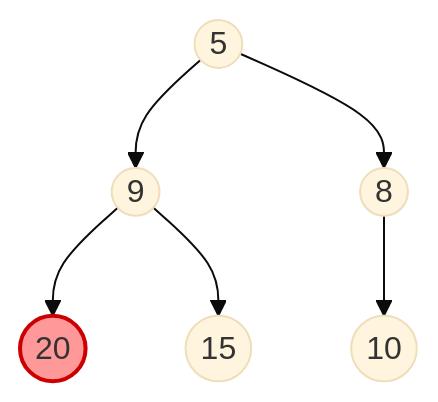
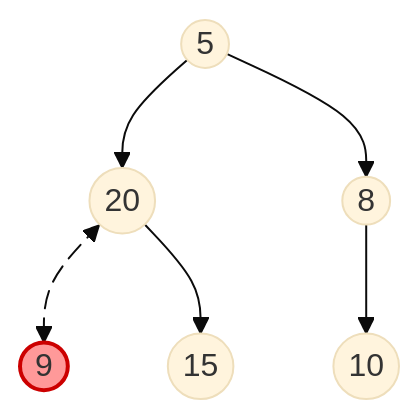
Before and after one commit to ruslylove/datastruct: diagram 11 of 17 in lectures/lect-11-Heap.md, drawn with Mermaid (base theme). The commit also changed other lines of this file, not shown here.

````diff
--- a/lectures/lect-11-Heap.md
+++ b/lectures/lect-11-Heap.md
@@ -360,9 +365,10 @@
 ```mermaid 
 graph TD
-    A((5)) --> B((9))
+    A((5)) --> B((20))
     A --> C((8))
-    B --> D((20))
+    B e1@<--> D((9))
     B --> E((15))
     C --> F((10))
     style D fill:#f99,stroke:#c00,stroke-width:2px
+    e1@{ animate : true } 
 ```
````
